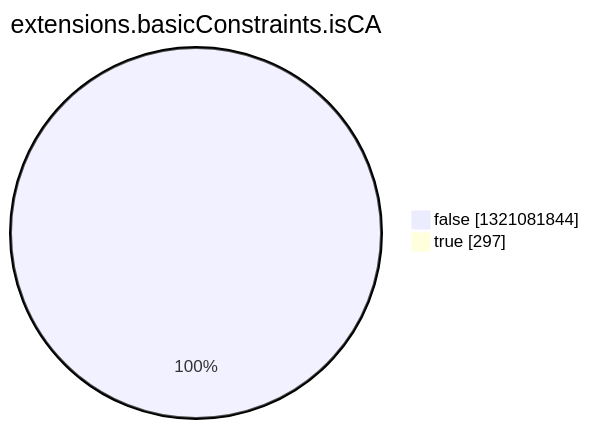
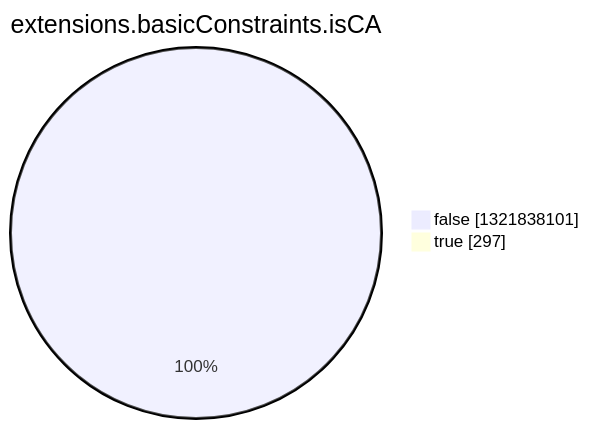
One commit to christiankrug/ctmonitor_visualization changed the eighth of 15 diagrams in argon2022/README.md. Above: the diagram before and after it, drawn with Mermaid. The commit also changed other lines of this file, not shown here.

````diff
--- a/argon2022/README.md
+++ b/argon2022/README.md
@@ -2758,6 +2758,6 @@
 ```mermaid
 pie showData
 title extensions.basicConstraints.isCA
-"false" :1321081844
+"false" :1321838101
 "true" :297
 ```
````
